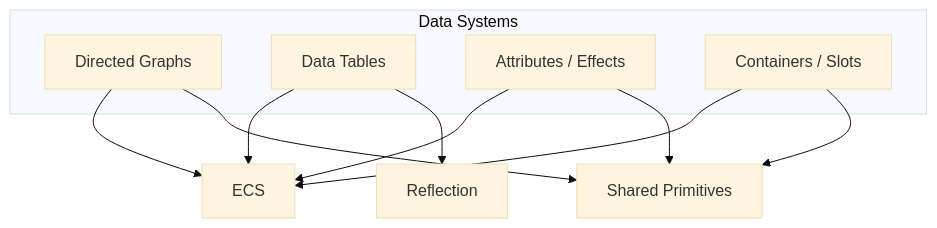
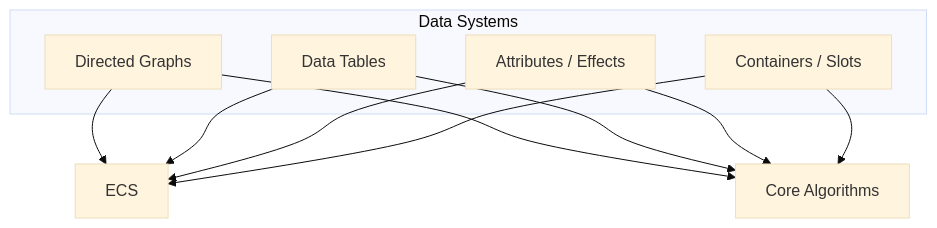
Before and after one commit to harmonius-dev/harmonius: the ninth of 16 diagrams in docs/architecture.md, drawn with Mermaid (base theme). The commit also changed other lines of this file and 174 other files, not shown here.

````diff
--- a/docs/architecture.md
+++ b/docs/architecture.md
@@ -477,14 +535,14 @@
 ```mermaid
 graph TB
     subgraph "Data Systems"
         DG[Directed Graphs]
         DT[Data Tables]
         AE[Attributes / Effects]
         CS[Containers / Slots]
     end
 
-    DG --> ECS[ECS] & PR[Shared Primitives]
-    DT --> ECS & RF[Reflection]
+    DG --> ECS[ECS] & PR[Core Algorithms]
+    DT --> ECS & PR[Core Algorithms]
     AE --> ECS & PR
     CS --> ECS & PR
 ```
````
